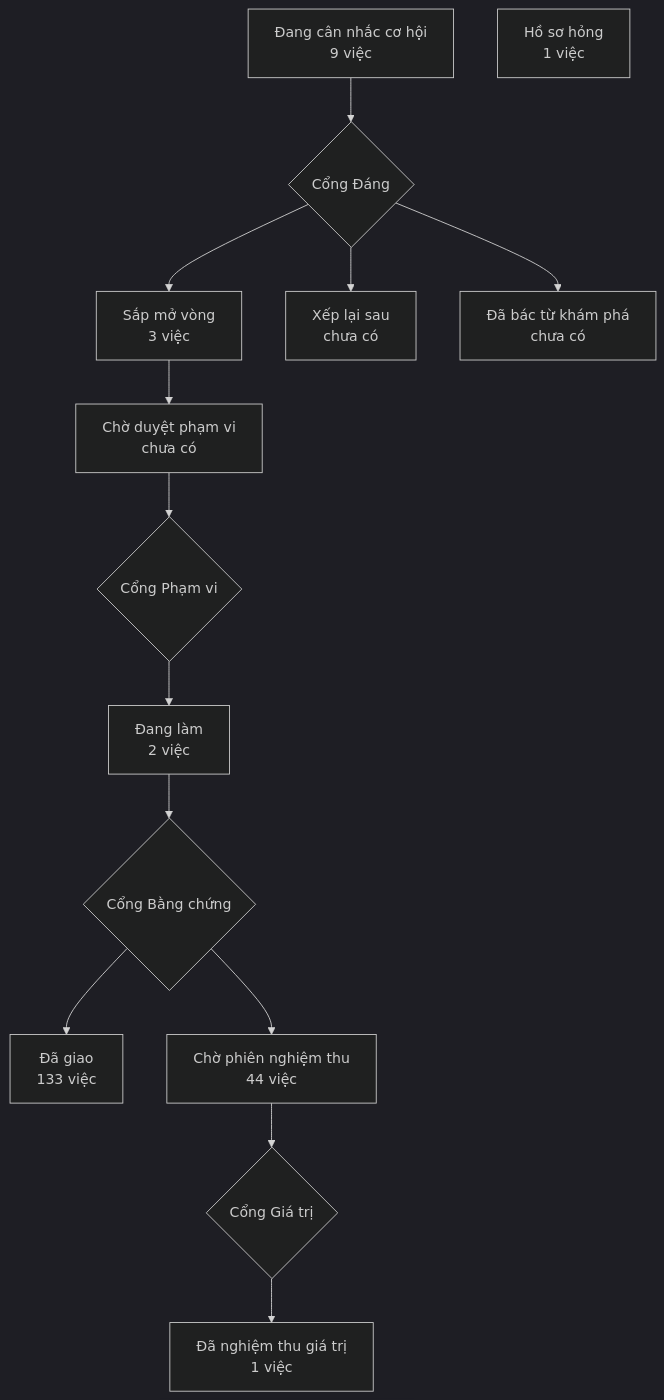
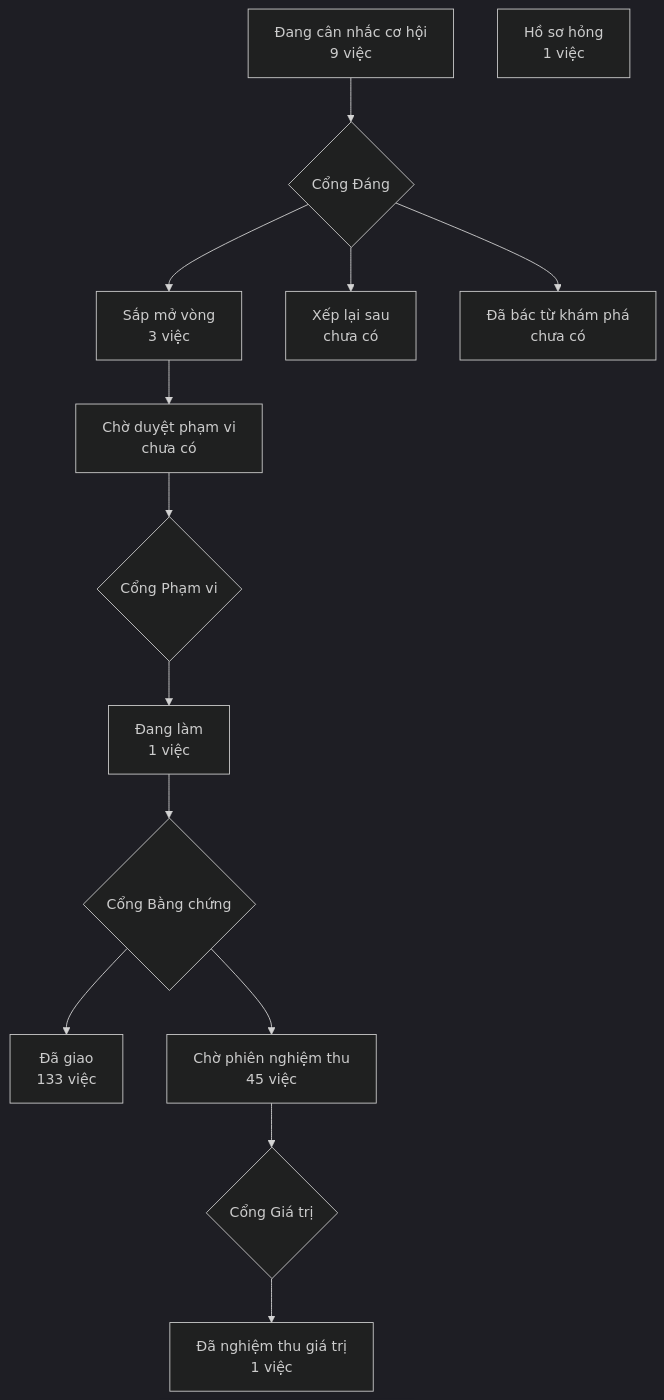
Before and after one commit to phanlemanh/crm-onehub: the diagram in PRODUCT-MAP.md, drawn with Mermaid (dark theme). The commit also changed 4 other files, not shown here.

````diff
--- a/PRODUCT-MAP.md
+++ b/PRODUCT-MAP.md
@@ -7,13 +7,13 @@
 ```mermaid
 flowchart TD
   A["Đang cân nhắc cơ hội<br/>9 việc"] --> GD{"Cổng Đáng"}
   GD --> B["Sắp mở vòng<br/>3 việc"]
   GD --> XL["Xếp lại sau<br/>chưa có"]
   GD --> DB["Đã bác từ khám phá<br/>chưa có"]
   B --> CD["Chờ duyệt phạm vi<br/>chưa có"] --> GP{"Cổng Phạm vi"}
-  GP --> DL["Đang làm<br/>2 việc"] --> GB{"Cổng Bằng chứng"}
+  GP --> DL["Đang làm<br/>1 việc"] --> GB{"Cổng Bằng chứng"}
   GB --> DG["Đã giao<br/>133 việc"]
-  GB --> CN["Chờ phiên nghiệm thu<br/>44 việc"] --> GG{"Cổng Giá trị"}
+  GB --> CN["Chờ phiên nghiệm thu<br/>45 việc"] --> GG{"Cổng Giá trị"}
   GG --> NT["Đã nghiệm thu giá trị<br/>1 việc"]
   HS["Hồ sơ hỏng<br/>1 việc"]
 ```
````
